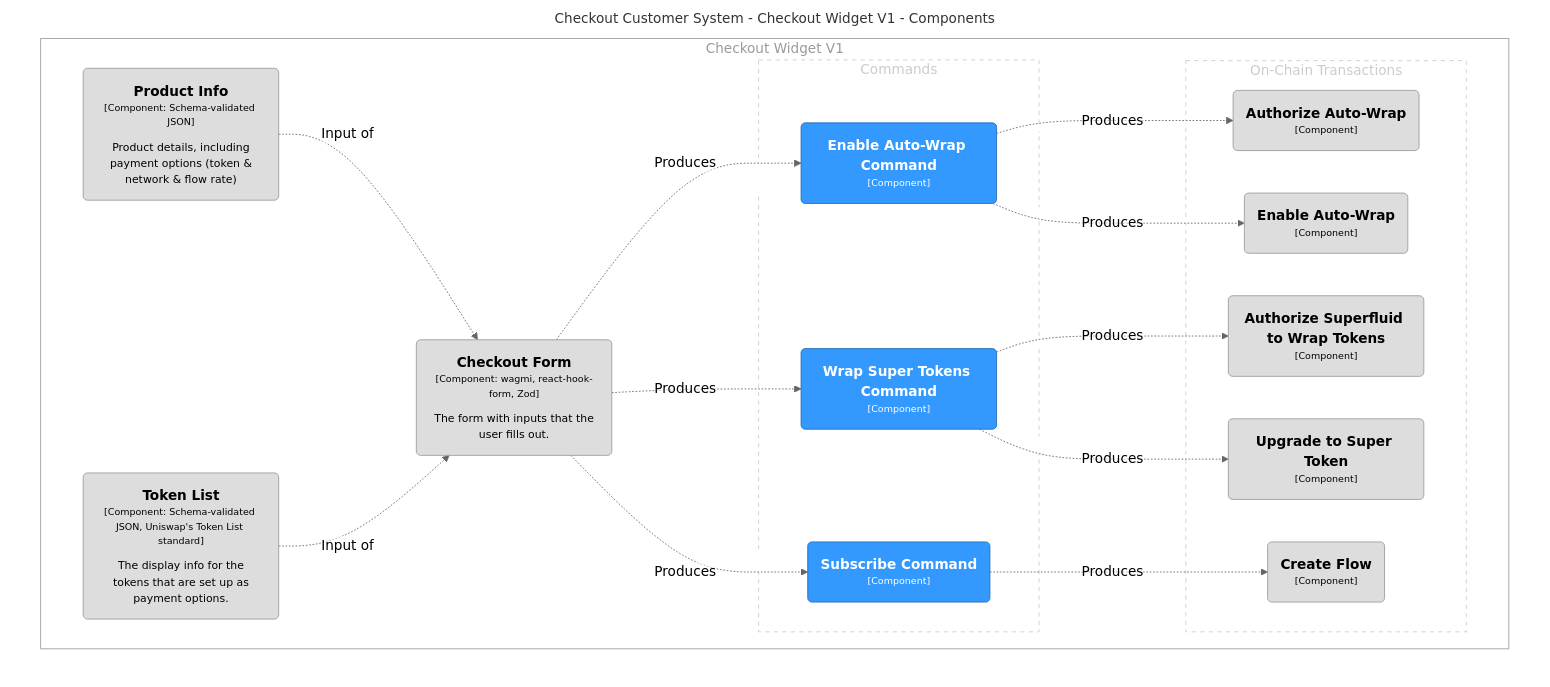
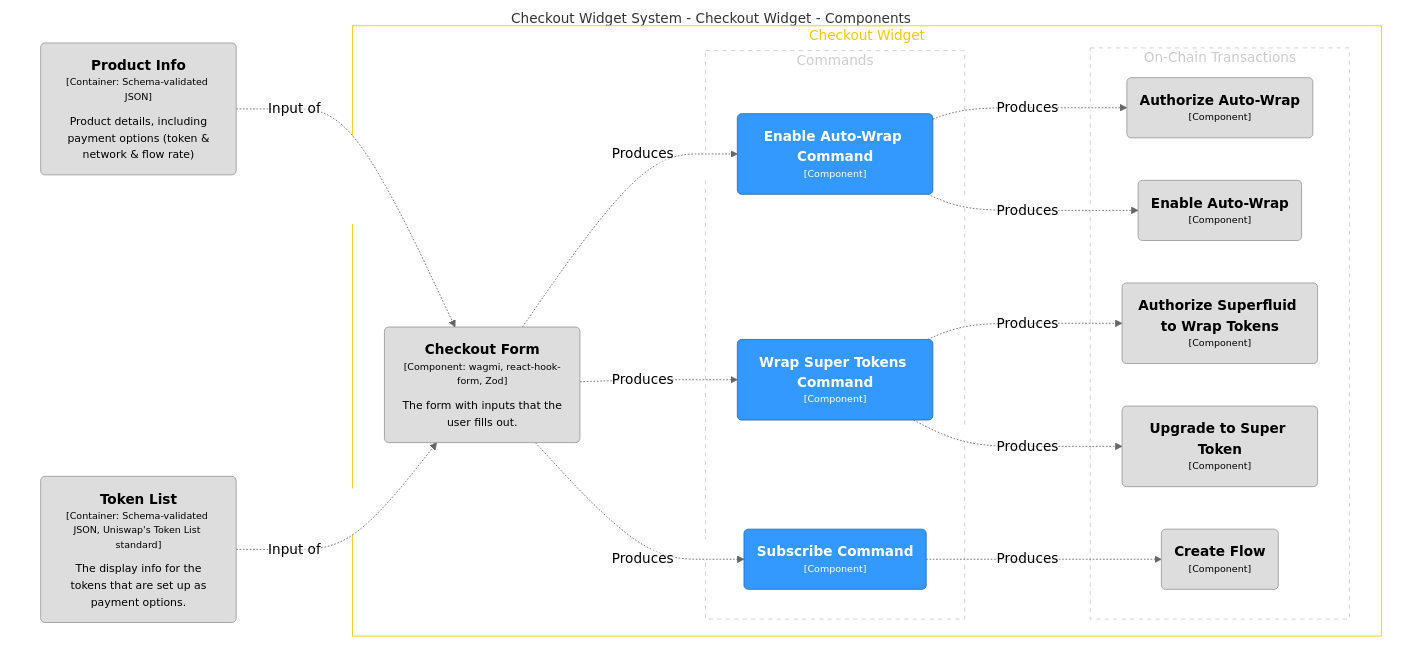
One commit to superfluid-finance/widget changed the diagram in architecture/diagrams/structurizr-CheckoutWidgetComponents.mmd. Above: the diagram before and after it, drawn with Mermaid (neutral theme). The commit also changed 13 other files, not shown here.

```diff
--- a/architecture/diagrams/structurizr-CheckoutWidgetComponents.mmd
+++ b/architecture/diagrams/structurizr-CheckoutWidgetComponents.mmd
@@ -1,54 +1,55 @@
 graph TB
   linkStyle default fill:#ffffff
 
-  subgraph diagram [Checkout Customer System - Checkout Widget V1 - Components]
+  subgraph diagram [Checkout Widget System - Checkout Widget - Components]
     style diagram fill:#ffffff,stroke:#ffffff
 
-    subgraph 2 [Checkout Widget V1]
-      style 2 fill:#ffffff,stroke:#9a9a9a,color:#9a9a9a
+    22("<div style='font-weight: bold'>Product Info</div><div style='font-size: 70%; margin-top: 0px'>[Container: Schema-validated JSON]</div><div style='font-size: 80%; margin-top:10px'>Product details, including<br />payment options (token &<br />network & flow rate)</div>")
+    style 22 fill:#dddddd,stroke:#9a9a9a,color:#000000
+    25("<div style='font-weight: bold'>Token List</div><div style='font-size: 70%; margin-top: 0px'>[Container: Schema-validated JSON, Uniswap's Token List standard]</div><div style='font-size: 80%; margin-top:10px'>The display info for the<br />tokens that are set up as<br />payment options.</div>")
+    style 25 fill:#dddddd,stroke:#9a9a9a,color:#000000
+
+    subgraph 4 [Checkout Widget]
+      style 4 fill:#ffffff,stroke:#f8c806,color:#f8c806
 
       subgraph group1 [Commands]
         style group1 fill:#ffffff,stroke:#cccccc,color:#cccccc,stroke-dasharray:5
 
-        11("<div style='font-weight: bold'>Wrap Super Tokens Command</div><div style='font-size: 70%; margin-top: 0px'>[Component]</div>")
-        style 11 fill:#3399fe,stroke:#236bb1,color:#ffffff
-        14("<div style='font-weight: bold'>Subscribe Command</div><div style='font-size: 70%; margin-top: 0px'>[Component]</div>")
-        style 14 fill:#3399fe,stroke:#236bb1,color:#ffffff
-        8("<div style='font-weight: bold'>Enable Auto-Wrap Command</div><div style='font-size: 70%; margin-top: 0px'>[Component]</div>")
-        style 8 fill:#3399fe,stroke:#236bb1,color:#ffffff
+        10("<div style='font-weight: bold'>Enable Auto-Wrap Command</div><div style='font-size: 70%; margin-top: 0px'>[Component]</div>")
+        style 10 fill:#3399fe,stroke:#236bb1,color:#ffffff
+        13("<div style='font-weight: bold'>Wrap Super Tokens Command</div><div style='font-size: 70%; margin-top: 0px'>[Component]</div>")
+        style 13 fill:#3399fe,stroke:#236bb1,color:#ffffff
+        16("<div style='font-weight: bold'>Subscribe Command</div><div style='font-size: 70%; margin-top: 0px'>[Component]</div>")
+        style 16 fill:#3399fe,stroke:#236bb1,color:#ffffff
       end
 
       subgraph group2 [On-Chain Transactions]
         style group2 fill:#ffffff,stroke:#cccccc,color:#cccccc,stroke-dasharray:5
 
-        3("<div style='font-weight: bold'>Authorize Auto-Wrap</div><div style='font-size: 70%; margin-top: 0px'>[Component]</div>")
-        style 3 fill:#dddddd,stroke:#9a9a9a,color:#000000
-        4("<div style='font-weight: bold'>Enable Auto-Wrap</div><div style='font-size: 70%; margin-top: 0px'>[Component]</div>")
-        style 4 fill:#dddddd,stroke:#9a9a9a,color:#000000
-        5("<div style='font-weight: bold'>Authorize Superfluid to Wrap Tokens</div><div style='font-size: 70%; margin-top: 0px'>[Component]</div>")
+        5("<div style='font-weight: bold'>Authorize Auto-Wrap</div><div style='font-size: 70%; margin-top: 0px'>[Component]</div>")
         style 5 fill:#dddddd,stroke:#9a9a9a,color:#000000
-        6("<div style='font-weight: bold'>Upgrade to Super Token</div><div style='font-size: 70%; margin-top: 0px'>[Component]</div>")
+        6("<div style='font-weight: bold'>Enable Auto-Wrap</div><div style='font-size: 70%; margin-top: 0px'>[Component]</div>")
         style 6 fill:#dddddd,stroke:#9a9a9a,color:#000000
-        7("<div style='font-weight: bold'>Create Flow</div><div style='font-size: 70%; margin-top: 0px'>[Component]</div>")
+        7("<div style='font-weight: bold'>Authorize Superfluid to Wrap Tokens</div><div style='font-size: 70%; margin-top: 0px'>[Component]</div>")
         style 7 fill:#dddddd,stroke:#9a9a9a,color:#000000
+        8("<div style='font-weight: bold'>Upgrade to Super Token</div><div style='font-size: 70%; margin-top: 0px'>[Component]</div>")
+        style 8 fill:#dddddd,stroke:#9a9a9a,color:#000000
+        9("<div style='font-weight: bold'>Create Flow</div><div style='font-size: 70%; margin-top: 0px'>[Component]</div>")
+        style 9 fill:#dddddd,stroke:#9a9a9a,color:#000000
       end
 
-      16("<div style='font-weight: bold'>Checkout Form</div><div style='font-size: 70%; margin-top: 0px'>[Component: wagmi, react-hook-form, Zod]</div><div style='font-size: 80%; margin-top:10px'>The form with inputs that the<br />user fills out.</div>")
-      style 16 fill:#dddddd,stroke:#9a9a9a,color:#000000
-      20("<div style='font-weight: bold'>Product Info</div><div style='font-size: 70%; margin-top: 0px'>[Component: Schema-validated JSON]</div><div style='font-size: 80%; margin-top:10px'>Product details, including<br />payment options (token &<br />network & flow rate)</div>")
-      style 20 fill:#dddddd,stroke:#9a9a9a,color:#000000
-      22("<div style='font-weight: bold'>Token List</div><div style='font-size: 70%; margin-top: 0px'>[Component: Schema-validated JSON, Uniswap's Token List standard]</div><div style='font-size: 80%; margin-top:10px'>The display info for the<br />tokens that are set up as<br />payment options.</div>")
-      style 22 fill:#dddddd,stroke:#9a9a9a,color:#000000
+      18("<div style='font-weight: bold'>Checkout Form</div><div style='font-size: 70%; margin-top: 0px'>[Component: wagmi, react-hook-form, Zod]</div><div style='font-size: 80%; margin-top:10px'>The form with inputs that the<br />user fills out.</div>")
+      style 18 fill:#dddddd,stroke:#9a9a9a,color:#000000
     end
 
-    8-. "<div>Produces</div><div style='font-size: 70%'></div>" .->4
-    11-. "<div>Produces</div><div style='font-size: 70%'></div>" .->5
-    11-. "<div>Produces</div><div style='font-size: 70%'></div>" .->6
-    14-. "<div>Produces</div><div style='font-size: 70%'></div>" .->7
-    16-. "<div>Produces</div><div style='font-size: 70%'></div>" .->8
-    16-. "<div>Produces</div><div style='font-size: 70%'></div>" .->11
-    16-. "<div>Produces</div><div style='font-size: 70%'></div>" .->14
-    20-. "<div>Input of</div><div style='font-size: 70%'></div>" .->16
-    22-. "<div>Input of</div><div style='font-size: 70%'></div>" .->16
-    8-. "<div>Produces</div><div style='font-size: 70%'></div>" .->3
+    10-. "<div>Produces</div><div style='font-size: 70%'></div>" .->5
+    10-. "<div>Produces</div><div style='font-size: 70%'></div>" .->6
+    13-. "<div>Produces</div><div style='font-size: 70%'></div>" .->7
+    13-. "<div>Produces</div><div style='font-size: 70%'></div>" .->8
+    16-. "<div>Produces</div><div style='font-size: 70%'></div>" .->9
+    18-. "<div>Produces</div><div style='font-size: 70%'></div>" .->10
+    18-. "<div>Produces</div><div style='font-size: 70%'></div>" .->13
+    18-. "<div>Produces</div><div style='font-size: 70%'></div>" .->16
+    22-. "<div>Input of</div><div style='font-size: 70%'></div>" .->18
+    25-. "<div>Input of</div><div style='font-size: 70%'></div>" .->18
   end
```
